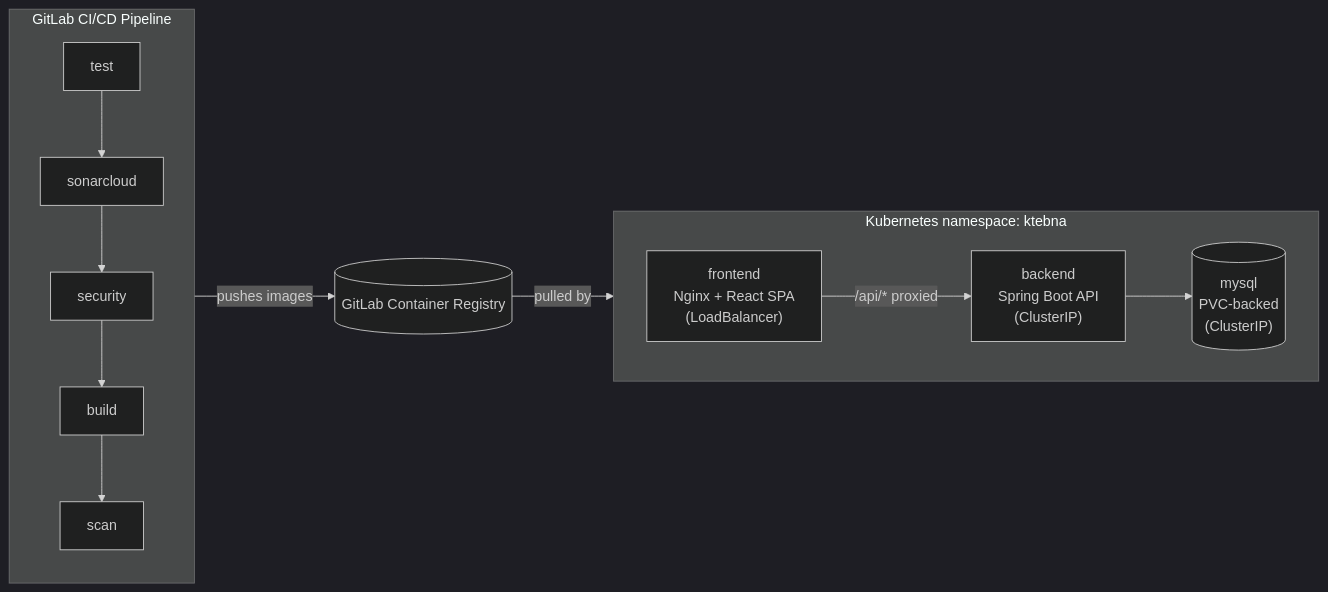
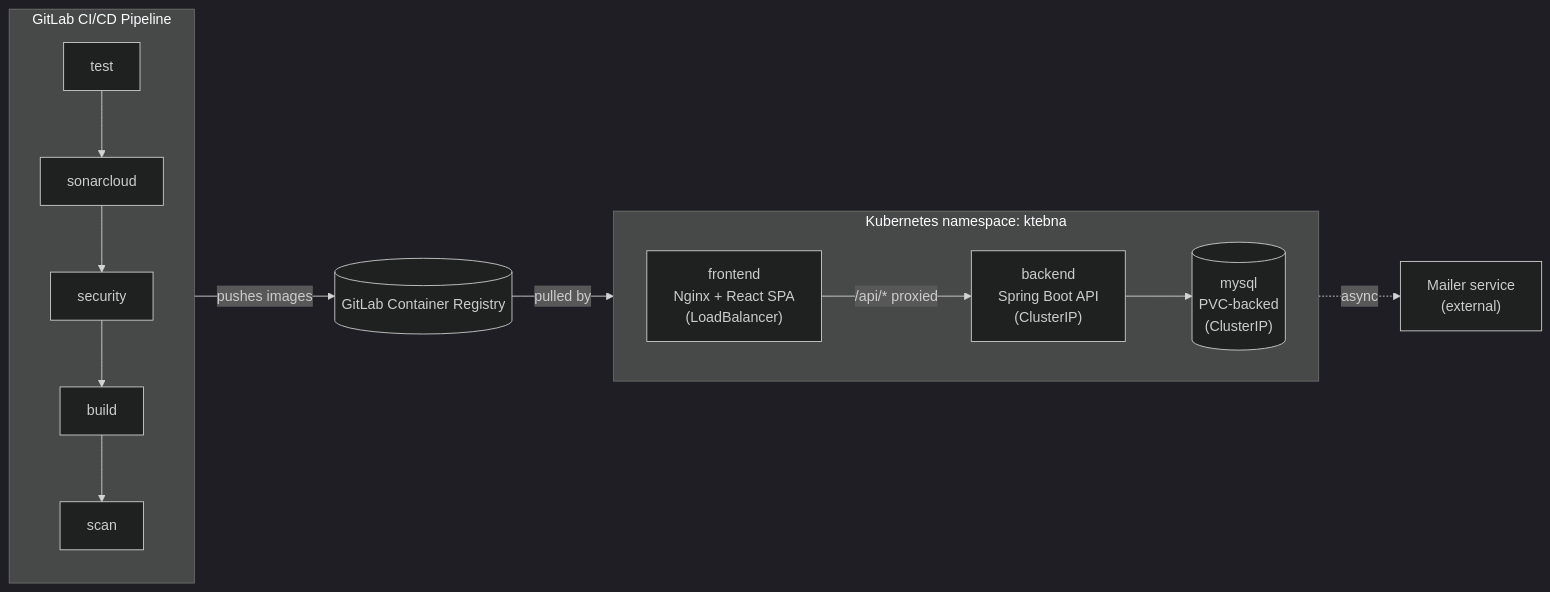
The first of 2 diagrams in README.md (Saifexe/Ktebna), drawn with Mermaid (dark theme) before and after one commit. The commit also changed other lines of this file and 106 other files, not shown here.

````diff
--- a/README.md
+++ b/README.md
@@ -36,15 +98,16 @@
 ```mermaid
 flowchart LR
     subgraph CI["GitLab CI/CD Pipeline"]
         direction TB
         T[test] --> S[sonarcloud] --> SEC[security] --> B[build] --> SC[scan]
     end
     CI -->|pushes images| REG[(GitLab Container Registry)]
     REG -->|pulled by| K8S
 
     subgraph K8S["Kubernetes namespace: ktebna"]
         direction LR
         FE["frontend<br/>Nginx + React SPA<br/>(LoadBalancer)"] -->|"/api/* proxied"| BE["backend<br/>Spring Boot API<br/>(ClusterIP)"]
         BE --> DB[("mysql<br/>PVC-backed<br/>(ClusterIP)")]
     end
+    BE -.->|async| MAIL["Mailer service<br/>(external)"]
 ```
````
